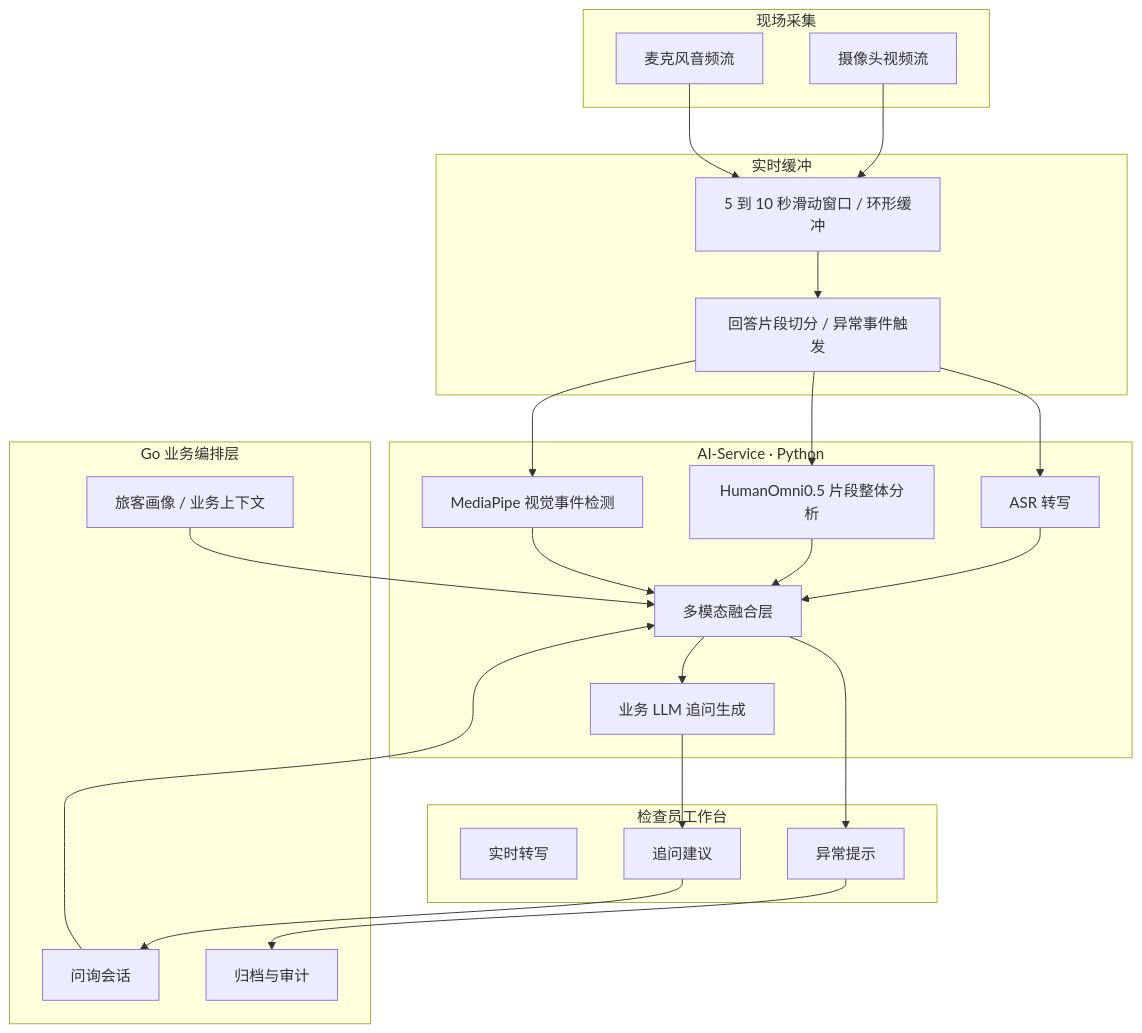
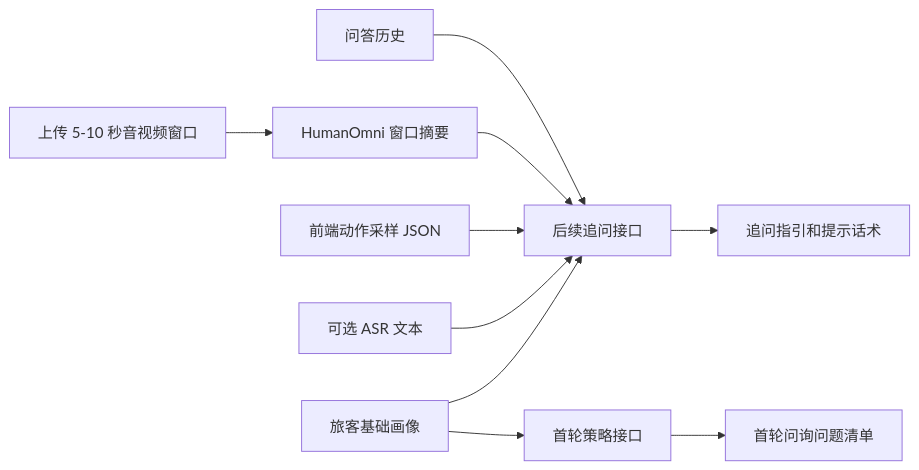
One commit to 405core/ipra changed the diagram in docs/ai-service-development/ai-service-architecture-and-examples.md. Above: the diagram before and after it, drawn with Mermaid. The commit also changed other lines of this file and 23 other files, not shown here.

````diff
--- a/docs/ai-service-development/ai-service-architecture-and-examples.md
+++ b/docs/ai-service-development/ai-service-architecture-and-examples.md
@@ -42,49 +21,13 @@
 ```mermaid
-flowchart TB
-    subgraph Capture["现场采集"]
-        camera["摄像头视频流"]
-        mic["麦克风音频流"]
-    end
+flowchart LR
+    profile["旅客基础画像"] --> first["首轮策略接口"]
+    first --> questions["首轮问询问题清单"]
 
-    subgraph Buffer["实时缓冲"]
-        ring["5 到 10 秒滑动窗口 / 环形缓冲"]
-        segment["回答片段切分 / 异常事件触发"]
-    end
-
-    subgraph AIService["AI-Service · Python"]
-        asr["ASR 转写"]
-        humanomni["HumanOmni0.5 片段整体分析"]
-        visual["MediaPipe 视觉事件检测"]
-        fusion["多模态融合层"]
-        llm["业务 LLM 追问生成"]
-    end
-
-    subgraph Backend["Go 业务编排层"]
-        session["问询会话"]
-        profile["旅客画像 / 业务上下文"]
-        audit["归档与审计"]
-    end
-
-    subgraph UI["检查员工作台"]
-        transcript["实时转写"]
-        alerts["异常提示"]
-        followup["追问建议"]
-    end
-
-    camera --> ring
-    mic --> ring
-    ring --> segment
-    segment --> asr
-    segment --> humanomni
-    segment --> visual
-    asr --> fusion
-    humanomni --> fusion
-    visual --> fusion
-    profile --> fusion
-    session --> fusion
-    fusion --> llm
-    fusion --> alerts
-    llm --> followup
-    followup --> session
-    alerts --> audit
+    qa["问答历史"] --> followup["后续追问接口"]
+    upload["上传 5-10 秒音视频窗口"] --> humanomni["HumanOmni 窗口摘要"]
+    humanomni --> followup
+    action["前端动作采样 JSON"] --> followup
+    asr["可选 ASR 文本"] --> followup
+    profile --> followup
+    followup --> guidance["追问指引和提示话术"]
 ```
````
